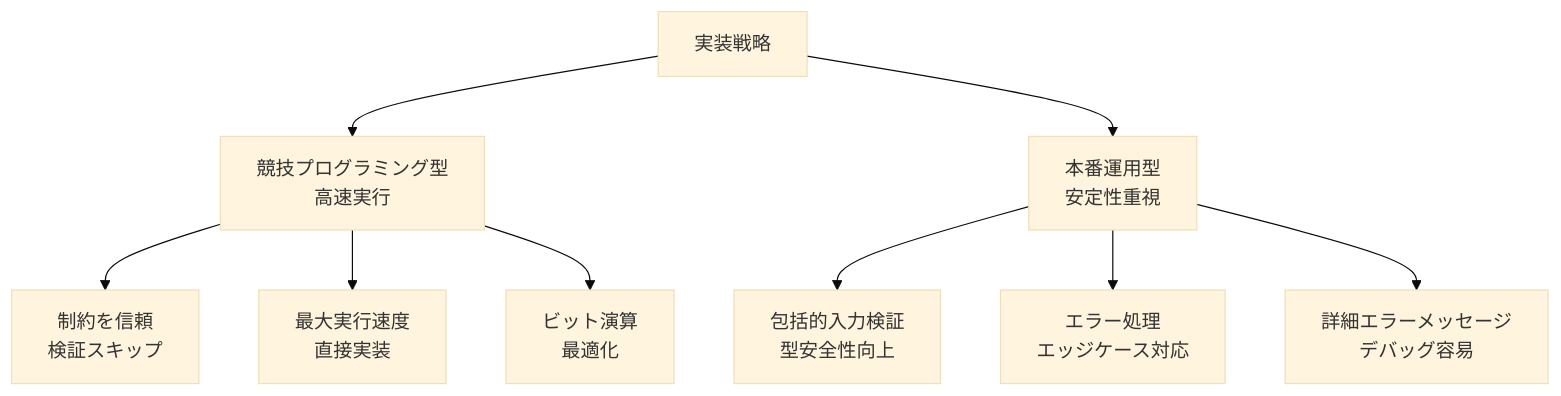
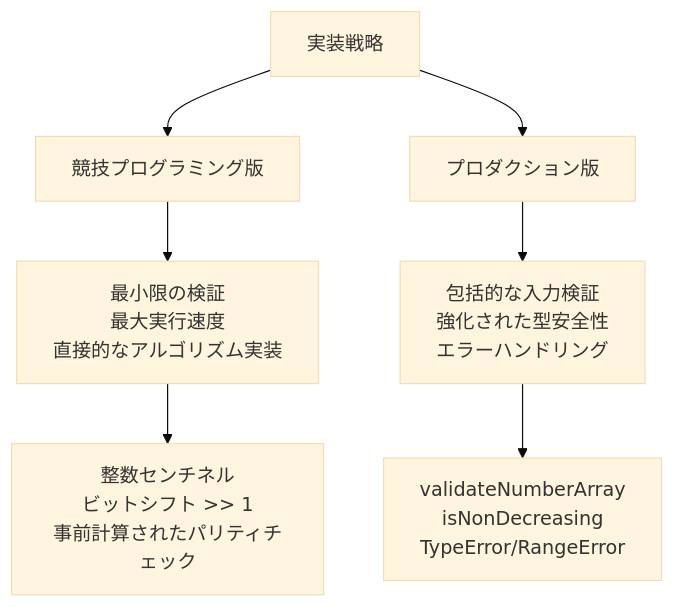
Before and after one commit to myoshi2891/Algorithm-DataStructures-Math-SQL: the sixth of 9 diagrams in README.md, drawn with Mermaid (base theme). The commit also changed other lines of this file, not shown here.

````diff
--- a/README.md
+++ b/README.md
@@ -200,26 +232,16 @@
 ```mermaid
-flowchart TD
-  Strategy["実装戦略"]
-
-  Competitive["競技プログラミング型<br/>高速実行"]
-  Production["本番運用型<br/>安定性重視"]
-
-  CP1["制約を信頼<br/>検証スキップ"]
-  CP2["最大実行速度<br/>直接実装"]
-  CP3["ビット演算<br/>最適化"]
-
-  PR1["包括的入力検証<br/>型安全性向上"]
-  PR2["エラー処理<br/>エッジケース対応"]
-  PR3["詳細エラーメッセージ<br/>デバッグ容易"]
-
-  Strategy --> Competitive
-  Strategy --> Production
-
-  Competitive --> CP1
-  Competitive --> CP2
-  Competitive --> CP3
-
-  Production --> PR1
-  Production --> PR2
-  Production --> PR3
+graph TB
+    Strategy[実装戦略]
+    
+    Competitive[競技プログラミング版]
+    Production[プロダクション版]
+    
+    Strategy --> Competitive
+    Strategy --> Production
+    
+    Competitive --> CompFeatures[最小限の検証<br/>最大実行速度<br/>直接的なアルゴリズム実装]
+    Production --> ProdFeatures[包括的な入力検証<br/>強化された型安全性<br/>エラーハンドリング]
+    
+    CompFeatures --> CompOpt[整数センチネル<br/>ビットシフト >> 1<br/>事前計算されたパリティチェック]
+    ProdFeatures --> ProdOpt[validateNumberArray<br/>isNonDecreasing<br/>TypeError/RangeError]
 ```
````
